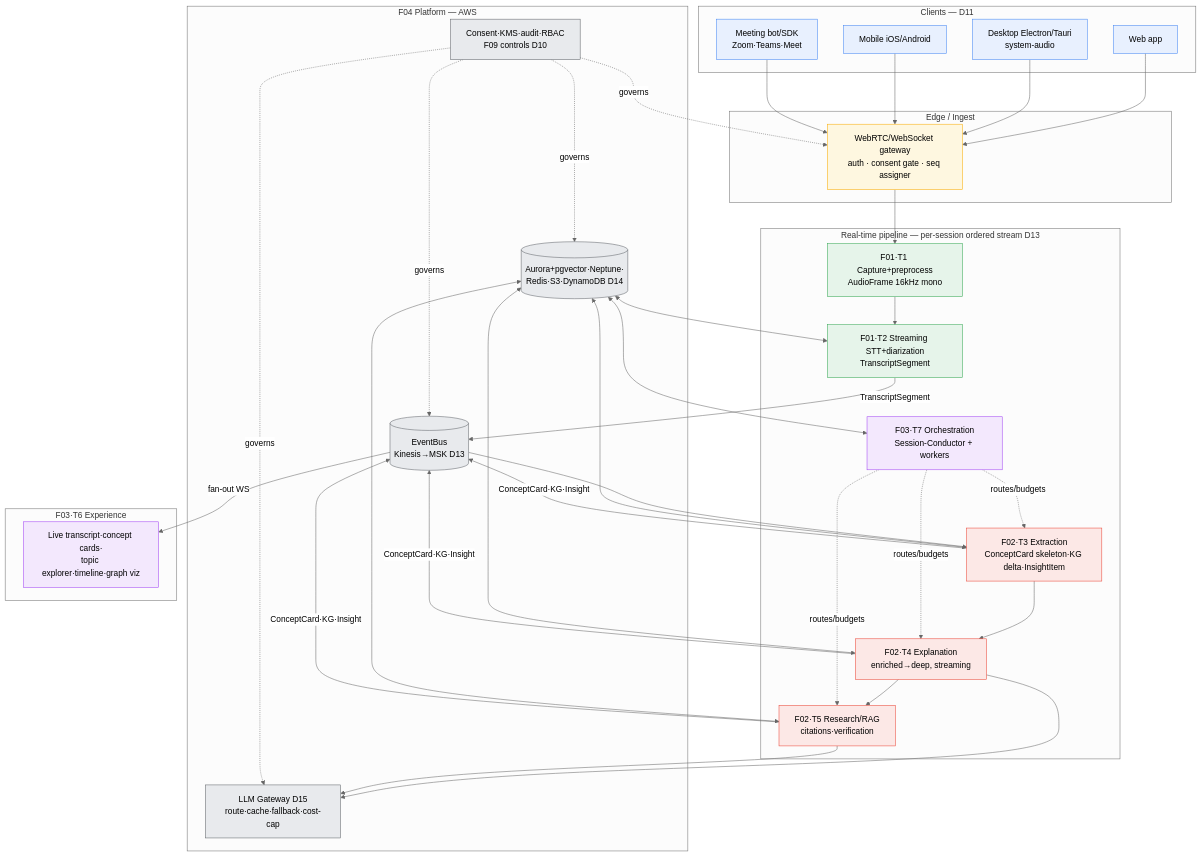
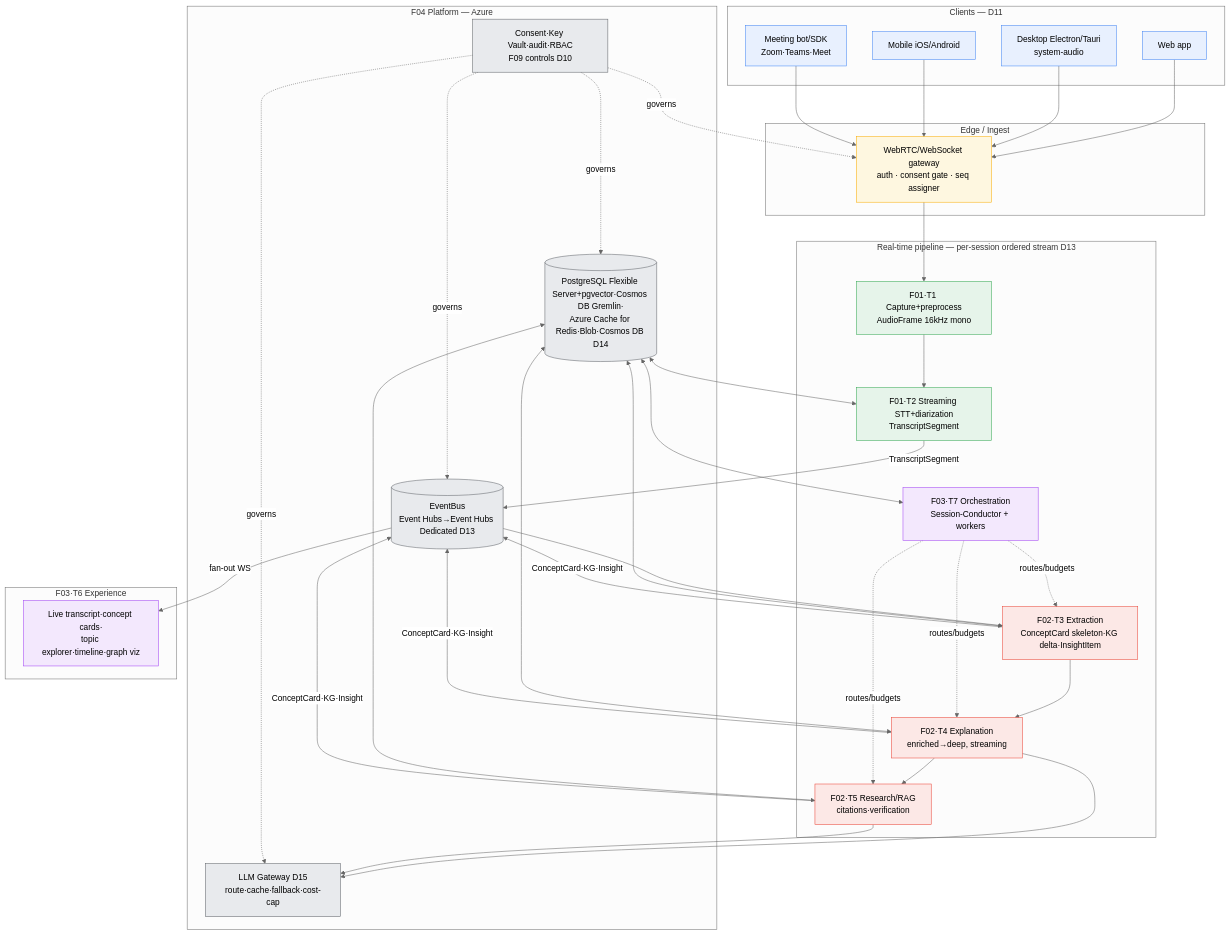
One commit to Teelko42/ConversationAgent changed the diagram in docs/architecture/00-integration/02-unified-architecture.md. Above: the diagram before and after it, drawn with Mermaid (neutral theme). The commit also changed other lines of this file and 67 other files, not shown here.

````diff
--- a/docs/architecture/00-integration/02-unified-architecture.md
+++ b/docs/architecture/00-integration/02-unified-architecture.md
@@ -10,50 +10,50 @@
 ```mermaid
 flowchart TB
   subgraph Clients [Clients — D11]
     W[Web app]:::c
     D[Desktop Electron/Tauri<br/>system-audio]:::c
     M[Mobile iOS/Android]:::c
     B[Meeting bot/SDK<br/>Zoom·Teams·Meet]:::c
   end
 
   subgraph Edge [Edge / Ingest]
     GW[WebRTC/WebSocket gateway<br/>auth · consent gate · seq assigner]:::e
   end
 
   subgraph Pipeline [Real-time pipeline — per-session ordered stream D13]
     F1A[F01·T1 Capture+preprocess<br/>AudioFrame 16kHz mono]:::f1
     F1B[F01·T2 Streaming STT+diarization<br/>TranscriptSegment]:::f1
     F2A[F02·T3 Extraction<br/>ConceptCard skeleton·KG delta·InsightItem]:::f2
     F2B[F02·T4 Explanation<br/>enriched→deep, streaming]:::f2
     F2C[F02·T5 Research/RAG<br/>citations·verification]:::f2
     ORC[F03·T7 Orchestration<br/>Session-Conductor + workers]:::f3
   end
 
-  subgraph Platform [F04 Platform — AWS]
-    BUS[(EventBus<br/>Kinesis→MSK D13)]:::p
+  subgraph Platform [F04 Platform — Azure]
+    BUS[(EventBus<br/>Event Hubs→Event Hubs Dedicated D13)]:::p
     LLM[LLM Gateway D15<br/>route·cache·fallback·cost-cap]:::p
-    STORES[(Aurora+pgvector·Neptune·<br/>Redis·S3·DynamoDB D14)]:::p
-    SEC[Consent·KMS·audit·RBAC<br/>F09 controls D10]:::p
+    STORES[(PostgreSQL Flexible Server+pgvector·Cosmos DB Gremlin·<br/>Azure Cache for Redis·Blob·Cosmos DB D14)]:::p
+    SEC[Consent·Key Vault·audit·RBAC<br/>F09 controls D10]:::p
   end
 
   subgraph UX [F03·T6 Experience]
     UI[Live transcript·concept cards·<br/>topic explorer·timeline·graph viz]:::f3
   end
 
   W & D & M & B --> GW --> F1A --> F1B
   F1B -->|TranscriptSegment| BUS
   BUS --> F2A --> F2B --> F2C
   ORC -. routes/budgets .-> F2A & F2B & F2C
   F2A & F2B & F2C -->|ConceptCard·KG·Insight| BUS
   F2B & F2C --> LLM
   BUS -->|fan-out WS| UI
   STORES <--> F1B & F2A & F2B & F2C & ORC
   SEC -. governs .-> GW & BUS & STORES & LLM
 
   classDef c fill:#e8f0fe,stroke:#4285f4;
   classDef e fill:#fef7e0,stroke:#f9ab00;
   classDef f1 fill:#e6f4ea,stroke:#34a853;
   classDef f2 fill:#fce8e6,stroke:#ea4335;
   classDef f3 fill:#f3e8fd,stroke:#a142f4;
   classDef p fill:#e8eaed,stroke:#5f6368;
 ```
````
